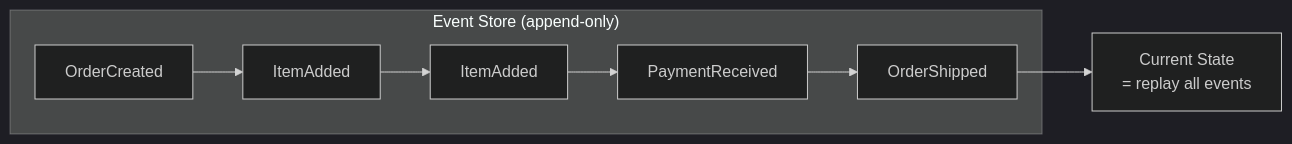
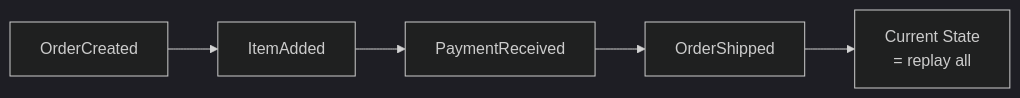
One commit to calmrocks/system-design-dive-deep changed the fifth of 16 diagrams in Sessions/Event-Driven Architecture/Slides.md. Above: the diagram before and after it, drawn with Mermaid (dark theme). The commit also changed other lines of this file and 2 other files, not shown here.

```diff
--- a/Sessions/Event-Driven Architecture/Slides.md
+++ b/Sessions/Event-Driven Architecture/Slides.md
@@ -238,16 +149,5 @@
 ~~~mermaid
 flowchart LR
-    E1[OrderCreated] --> E2[ItemAdded]
-    E2 --> E3[ItemAdded]
-    E3 --> E4[PaymentReceived]
-    E4 --> E5[OrderShipped]
-    E5 --> STATE["Current State\n= replay all events"]
-
-    subgraph store["Event Store (append-only)"]
-        E1
-        E2
-        E3
-        E4
-        E5
-    end
+    E1[OrderCreated] --> E2[ItemAdded] --> E3[PaymentReceived] --> E4[OrderShipped]
+    E4 --> S["Current State<br>= replay all"]
 ~~~
```
